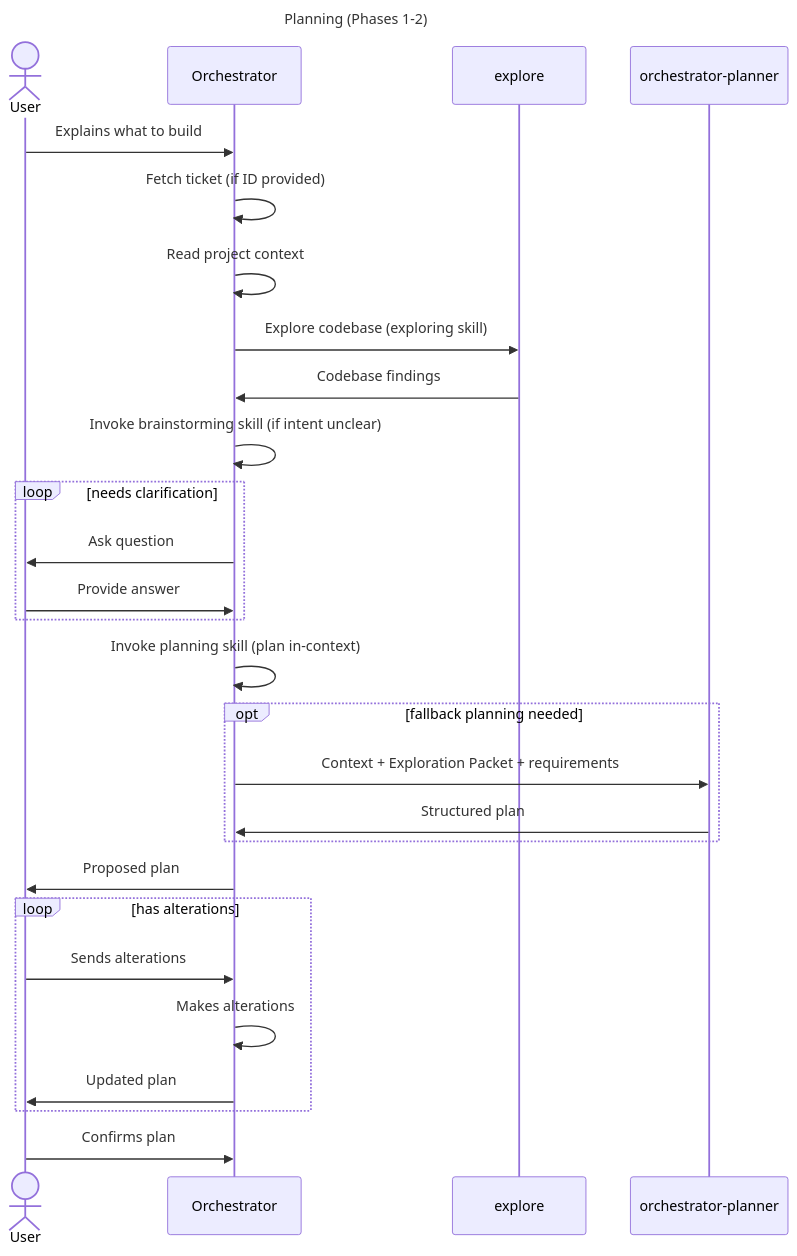
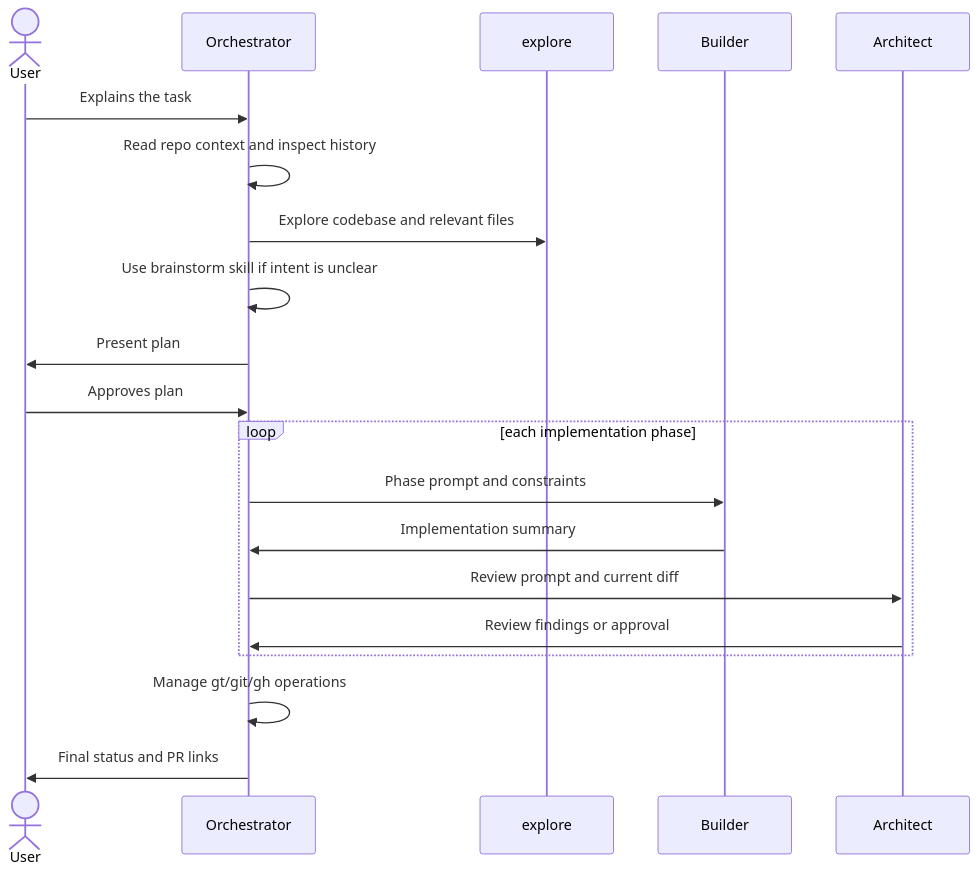
The diagram in agents/docs.md (mlawd/dotfiles), drawn with Mermaid before and after one commit. The commit also changed other lines of this file and 27 other files, not shown here.

````diff
--- a/agents/docs.md
+++ b/agents/docs.md
@@ -90,34 +33,23 @@
 ```mermaid
----
-title: Planning (Phases 1-2)
----
-
 sequenceDiagram
     actor u as User
     participant o as Orchestrator
     participant e as explore
-    participant p as orchestrator-planner
+    participant b as Builder
+    participant a as Architect
 
-    u ->> o: Explains what to build
-    o ->> o: Fetch ticket (if ID provided)
-    o ->> o: Read project context
-    o ->> e: Explore codebase (exploring skill)
-    e ->> o: Codebase findings
-    o ->> o: Invoke brainstorming skill (if intent unclear)
-    loop needs clarification
-        o ->> u: Ask question
-        u ->> o: Provide answer
+    u ->> o: Explains the task
+    o ->> o: Read repo context and inspect history
+    o ->> e: Explore codebase and relevant files
+    o ->> o: Use brainstorm skill if intent is unclear
+    o ->> u: Present plan
+    u ->> o: Approves plan
+    loop each implementation phase
+        o ->> b: Phase prompt and constraints
+        b ->> o: Implementation summary
+        o ->> a: Review prompt and current diff
+        a ->> o: Review findings or approval
     end
-    o ->> o: Invoke planning skill (plan in-context)
-    opt fallback planning needed
-        o ->> p: Context + Exploration Packet + requirements
-        p ->> o: Structured plan
-    end
-    o ->> u: Proposed plan
-    loop has alterations
-        u ->> o: Sends alterations
-        o ->> o: Makes alterations
-        o ->> u: Updated plan
-    end
-    u ->> o: Confirms plan
+    o ->> o: Manage gt/git/gh operations
+    o ->> u: Final status and PR links
 ```
````
